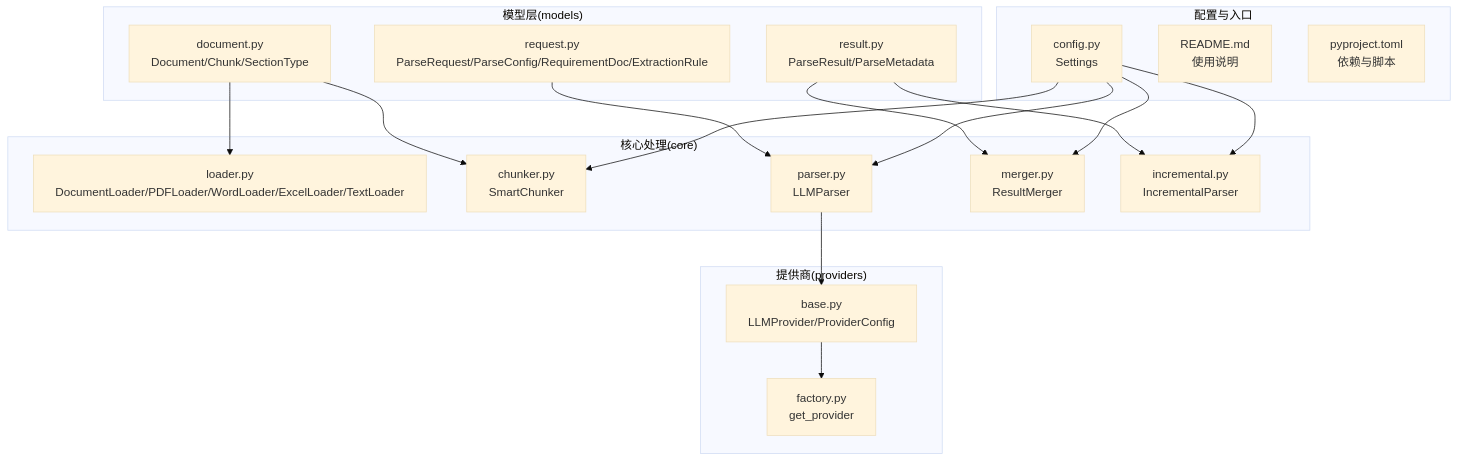
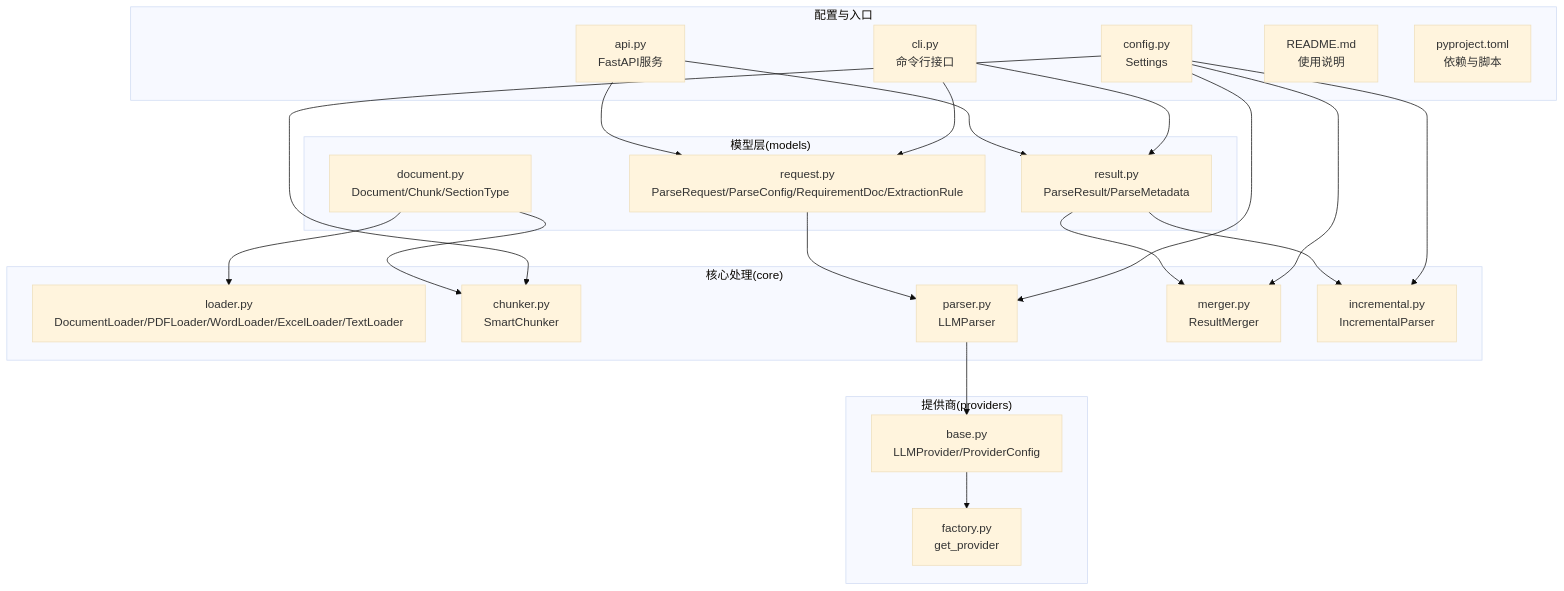
Before and after one commit to wowzhangji/doc_ai_parser: the first of 9 diagrams in .qoder/repowiki/zh/content/数据模型设计/数据模型设计.md, drawn with Mermaid (base theme). The commit also changed other lines of this file and 25 other files, not shown here.

````diff
--- a/.qoder/repowiki/zh/content/数据模型设计/数据模型设计.md
+++ b/.qoder/repowiki/zh/content/数据模型设计/数据模型设计.md
@@ -41,35 +52,41 @@
 ```mermaid
 graph TB
 subgraph "模型层(models)"
 M1["document.py<br/>Document/Chunk/SectionType"]
 M2["request.py<br/>ParseRequest/ParseConfig/RequirementDoc/ExtractionRule"]
 M3["result.py<br/>ParseResult/ParseMetadata"]
 end
 subgraph "核心处理(core)"
 C1["loader.py<br/>DocumentLoader/PDFLoader/WordLoader/ExcelLoader/TextLoader"]
 C2["chunker.py<br/>SmartChunker"]
 C3["parser.py<br/>LLMParser"]
 C4["merger.py<br/>ResultMerger"]
 C5["incremental.py<br/>IncrementalParser"]
 end
 subgraph "提供商(providers)"
 P1["base.py<br/>LLMProvider/ProviderConfig"]
 P2["factory.py<br/>get_provider"]
 end
 subgraph "配置与入口"
 CFG["config.py<br/>Settings"]
+API["api.py<br/>FastAPI服务"]
+CLI["cli.py<br/>命令行接口"]
 R["README.md<br/>使用说明"]
 T["pyproject.toml<br/>依赖与脚本"]
 end
 M1 --> C1
 M1 --> C2
 M2 --> C3
 M3 --> C4
 M3 --> C5
 C3 --> P1
 P1 --> P2
 CFG --> C2
 CFG --> C3
 CFG --> C4
 CFG --> C5
+API --> M2
+API --> M3
+CLI --> M2
+CLI --> M3
 ```
````
